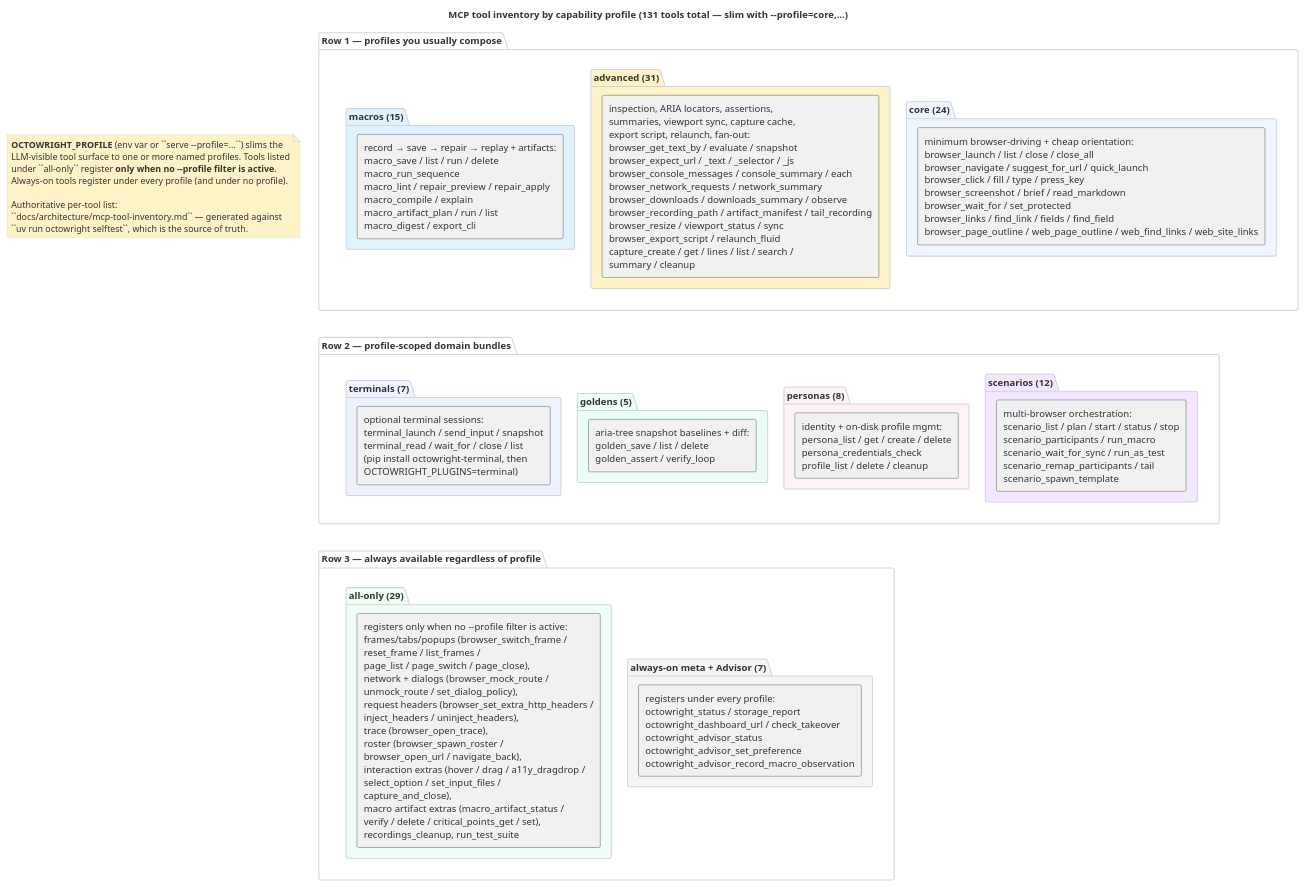
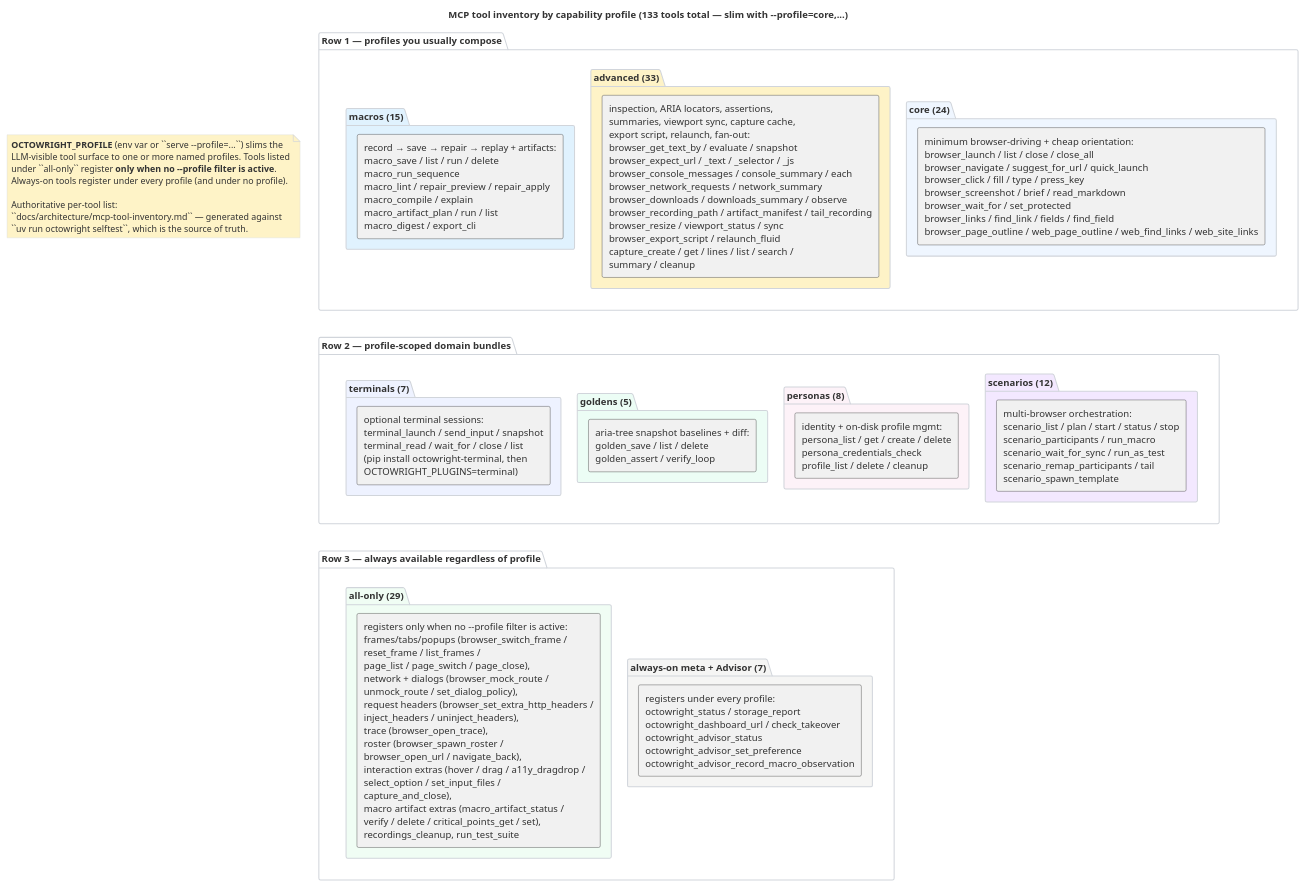
Before and after one commit to livingstaccato/octowright: the diagram in docs/architecture/mcp-tool-surface.puml, drawn with PlantUML. The commit also changed 17 other files, not shown here.

```diff
--- a/docs/architecture/mcp-tool-surface.puml
+++ b/docs/architecture/mcp-tool-surface.puml
@@ -5,71 +5,71 @@
 @startuml mcp-tool-surface
-title MCP tool inventory by capability profile (131 tools total — slim with --profile=core,...)
+title MCP tool inventory by capability profile (133 tools total — slim with --profile=core,...)
 
 skinparam backgroundColor #ffffff
 skinparam defaultFontColor #333333
 skinparam packageBorderColor #d1d5db
 skinparam packageBackgroundColor #f9fafb
 skinparam noteBackgroundColor #fef3c7
 skinparam noteBorderColor #d1d5db
 skinparam ArrowColor transparent
 
 ' PlantUML doesn't have a real grid layout. The trick that works: wrap
 ' each row of profile boxes in an outer "row" package. Outer packages
 ' stack vertically because nothing links them horizontally; inner
 ' boxes pack horizontally within their row.
 
 note as LEGEND #fef3c7
   **OCTOWRIGHT_PROFILE** (env var or ``serve --profile=...``) slims the
   LLM-visible tool surface to one or more named profiles. Tools listed
   under ``all-only`` register **only when no --profile filter is active**.
   Always-on tools register under every profile (and under no profile).
 
   Authoritative per-tool list:
   ``docs/architecture/mcp-tool-inventory.md`` — generated against
   ``uv run octowright selftest``, which is the source of truth.
 end note
 
 package "Row 1 — profiles you usually compose" as ROW1 #ffffff {
   package "core (24)" as P_CORE #eff6ff {
     rectangle "minimum browser-driving + cheap orientation:\nbrowser_launch / list / close / close_all\nbrowser_navigate / suggest_for_url / quick_launch\nbrowser_click / fill / type / press_key\nbrowser_screenshot / brief / read_markdown\nbrowser_wait_for / set_protected\nbrowser_links / find_link / fields / find_field\nbrowser_page_outline / web_page_outline / web_find_links / web_site_links" as R_CORE
   }
-  package "advanced (31)" as P_ADV #fef3c7 {
+  package "advanced (33)" as P_ADV #fef3c7 {
     rectangle "inspection, ARIA locators, assertions,\nsummaries, viewport sync, capture cache,\nexport script, relaunch, fan-out:\nbrowser_get_text_by / evaluate / snapshot\nbrowser_expect_url / _text / _selector / _js\nbrowser_console_messages / console_summary / each\nbrowser_network_requests / network_summary\nbrowser_downloads / downloads_summary / observe\nbrowser_recording_path / artifact_manifest / tail_recording\nbrowser_resize / viewport_status / sync\nbrowser_export_script / relaunch_fluid\ncapture_create / get / lines / list / search /\nsummary / cleanup" as R_ADV
   }
   package "macros (15)" as P_MAC #e0f2fe {
     rectangle "record → save → repair → replay + artifacts:\nmacro_save / list / run / delete\nmacro_run_sequence\nmacro_lint / repair_preview / repair_apply\nmacro_compile / explain\nmacro_artifact_plan / run / list\nmacro_digest / export_cli" as R_MAC
   }
 }
 
 package "Row 2 — profile-scoped domain bundles" as ROW2 #ffffff {
   package "scenarios (12)" as P_SCN #f3e8ff {
     rectangle "multi-browser orchestration:\nscenario_list / plan / start / status / stop\nscenario_participants / run_macro\nscenario_wait_for_sync / run_as_test\nscenario_remap_participants / tail\nscenario_spawn_template" as R_SCN
   }
   package "personas (8)" as P_PERS #fdf2f8 {
     rectangle "identity + on-disk profile mgmt:\npersona_list / get / create / delete\npersona_credentials_check\nprofile_list / delete / cleanup" as R_PERS
   }
   package "goldens (5)" as P_GOLD #ecfdf5 {
     rectangle "aria-tree snapshot baselines + diff:\ngolden_save / list / delete\ngolden_assert / verify_loop" as R_GOLD
   }
   package "terminals (7)" as P_TERM #eef2ff {
     rectangle "optional terminal sessions:\nterminal_launch / send_input / snapshot\nterminal_read / wait_for / close / list\n(pip install octowright-terminal, then\nOCTOWRIGHT_PLUGINS=terminal)" as R_TERM
   }
 }
 
 package "Row 3 — always available regardless of profile" as ROW3 #ffffff {
   package "always-on meta + Advisor (7)" as P_META #f5f5f4 {
     rectangle "registers under every profile:\noctowright_status / storage_report\noctowright_dashboard_url / check_takeover\noctowright_advisor_status\noctowright_advisor_set_preference\noctowright_advisor_record_macro_observation" as R_META
   }
   package "all-only (29)" as P_ALL #f0fdf4 {
     rectangle "registers only when no --profile filter is active:\nframes/tabs/popups (browser_switch_frame /\nreset_frame / list_frames /\npage_list / page_switch / page_close),\nnetwork + dialogs (browser_mock_route /\nunmock_route / set_dialog_policy),\nrequest headers (browser_set_extra_http_headers /\ninject_headers / uninject_headers),\ntrace (browser_open_trace),\nroster (browser_spawn_roster /\nbrowser_open_url / navigate_back),\ninteraction extras (hover / drag / a11y_dragdrop /\nselect_option / set_input_files /\ncapture_and_close),\nmacro artifact extras (macro_artifact_status /\nverify / delete / critical_points_get / set),\nrecordings_cleanup, run_test_suite" as R_ALL
   }
 }
 
 ' Force vertical stacking of the row packages. Without these, PlantUML
 ' lays the three outer packages out in a single horizontal strip.
 ' (The note doesn't participate — hidden-arrow on a note leaks as a
 ' visible text label in some renderers.)
 ROW1 -[hidden]down-> ROW2
 ROW2 -[hidden]down-> ROW3
 
 @enduml
```
